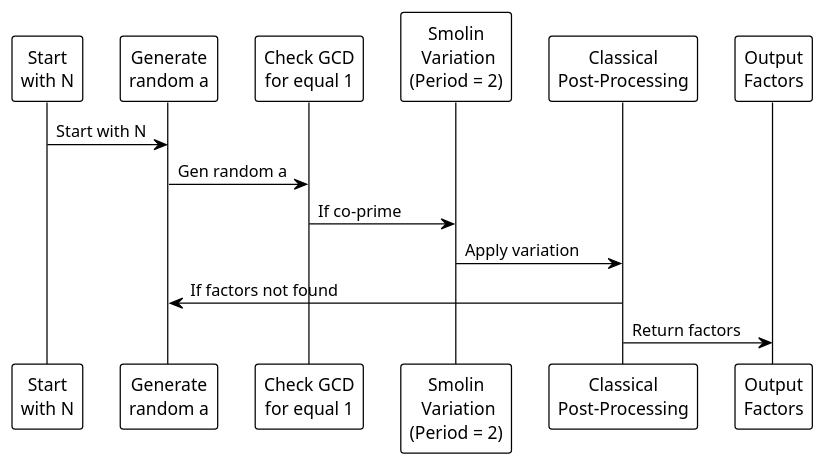
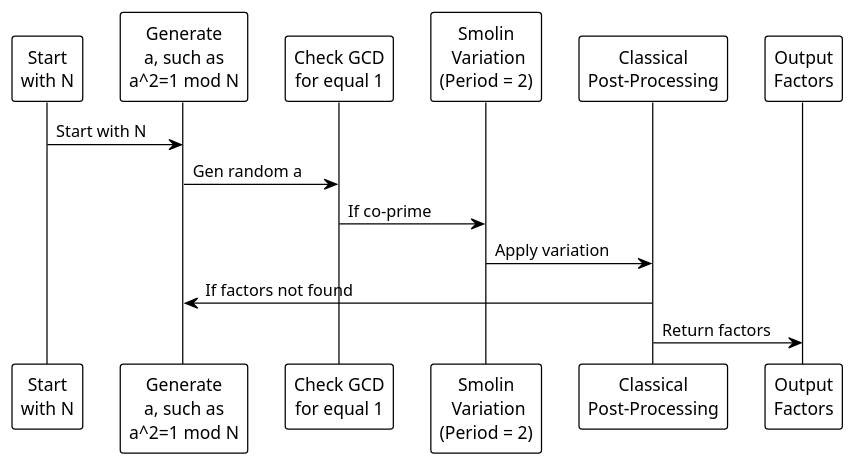
The diagram in docs/algorithm.puml (Sage-Cat/quantum_shors_algorithm), drawn with PlantUML before and after one commit. The commit also changed 1 other file, not shown here.

```diff
--- a/docs/algorithm.puml
+++ b/docs/algorithm.puml
@@ -1,18 +1,18 @@
 @startuml
 !theme plain
 
 participant "Start\nwith N" as Init
-participant "Generate\nrandom a" as RandomA
+participant "Generate\na, such as\na^2=1 mod N" as RandomA
 participant "Check GCD\nfor equal 1" as GCDCheck
 participant "Smolin\n Variation\n(Period = 2)" as SmolinVar
 participant "Classical\nPost-Processing" as PostProc
 participant "Output\nFactors" as Output
 
 Init -> RandomA: Start with N
 RandomA -> GCDCheck: Gen random a
 GCDCheck -> SmolinVar: If co-prime
 SmolinVar -> PostProc: Apply variation
 PostProc -> RandomA: If factors not found
 PostProc -> Output: Return factors
 
 @enduml
```
